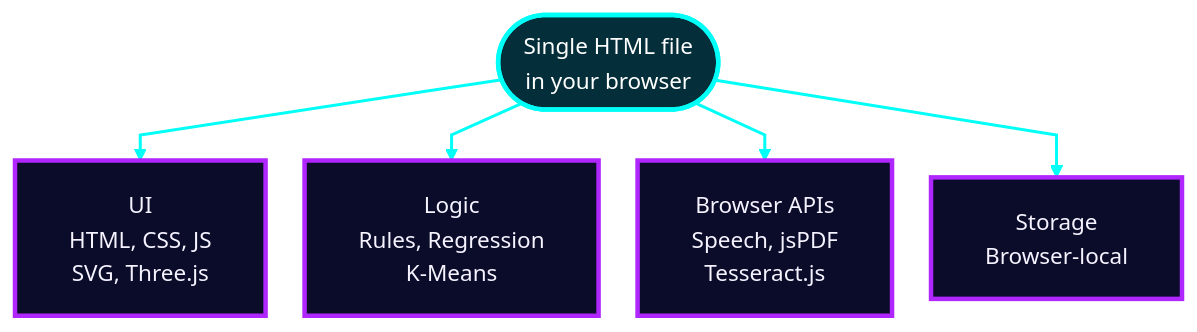
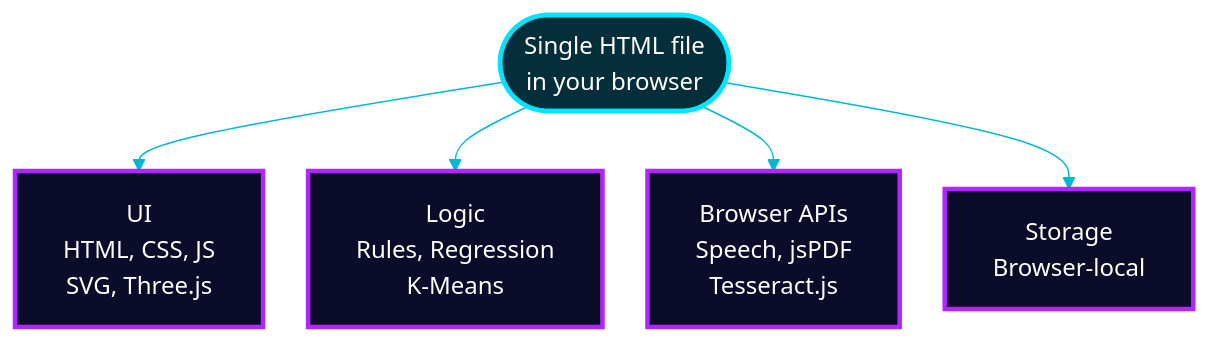
One commit to Mansi232323/MANSHORA changed diagram 16 of 17 in README.md. Above: the diagram before and after it, drawn with Mermaid. The commit also changed other lines of this file, not shown here.

````diff
--- a/README.md
+++ b/README.md
@@ -656,14 +644,13 @@
 ```mermaid
-%%{init: {'theme':'base','themeVariables':{'fontSize':'15px','fontFamily':'Arial, Helvetica, sans-serif','primaryColor':'#0b0b2a','primaryTextColor':'#f5f3ff','primaryBorderColor':'#b026ff','lineColor':'#00fff7','textColor':'#f5f3ff','edgeLabelBackground':'#0b0b2a'},'flowchart':{'htmlLabels':false,'nodeSpacing':26,'rankSpacing':34,'padding':18,'curve':'linear'}}}%%
+%%{init: {'theme':'base','themeVariables':{'fontSize':'16px','fontFamily':'Arial, Helvetica, sans-serif','primaryColor':'#0b0b2a','primaryTextColor':'#ffffff','primaryBorderColor':'#b026ff','lineColor':'#00b8d4','textColor':'#ffffff','edgeLabelBackground':'#0b0b2a'},'flowchart':{'htmlLabels':true,'nodeSpacing':30,'rankSpacing':40,'padding':16,'curve':'basis','wrappingWidth':240,'useMaxWidth':true}}}%%
 flowchart TB
     B(["Single HTML file<br/>in your browser"])
     B --> U["UI<br/>HTML, CSS, JS<br/>SVG, Three.js"]
     B --> L["Logic<br/>Rules, Regression<br/>K-Means"]
     B --> A["Browser APIs<br/>Speech, jsPDF<br/>Tesseract.js"]
     B --> S["Storage<br/>Browser-local"]
-    classDef core fill:#042f3a,stroke:#00fff7,stroke-width:3px,color:#ffffff
-    classDef n fill:#0b0b2a,stroke:#b026ff,stroke-width:3px,color:#f5f3ff
+    classDef core fill:#042f3a,stroke:#00e5ff,stroke-width:3px,color:#ffffff
+    classDef n fill:#0b0b2a,stroke:#b026ff,stroke-width:3px,color:#ffffff
     class B core
     class U,L,A,S n
-    linkStyle default fill:none,stroke:#00fff7,stroke-width:2px
 ```
````
